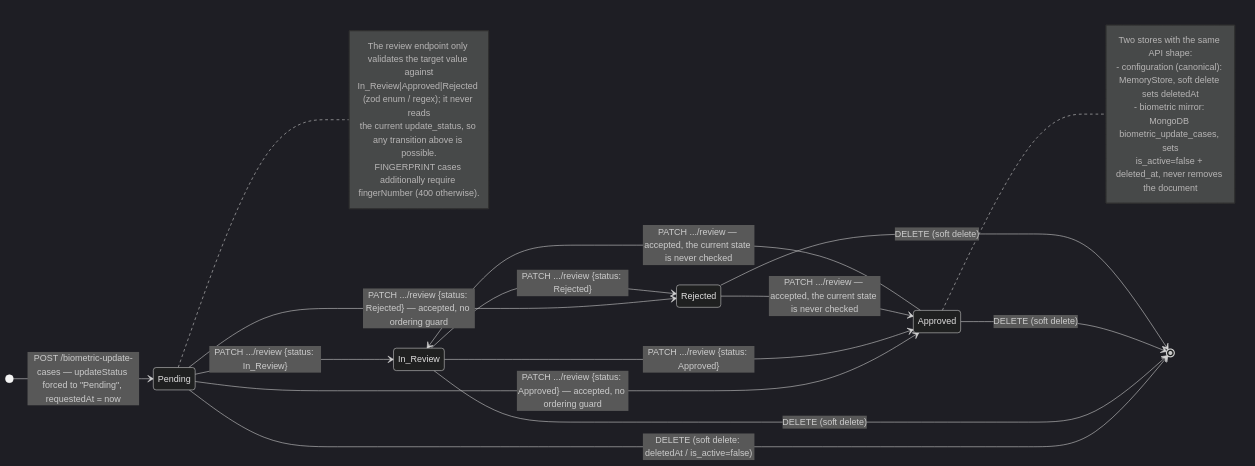
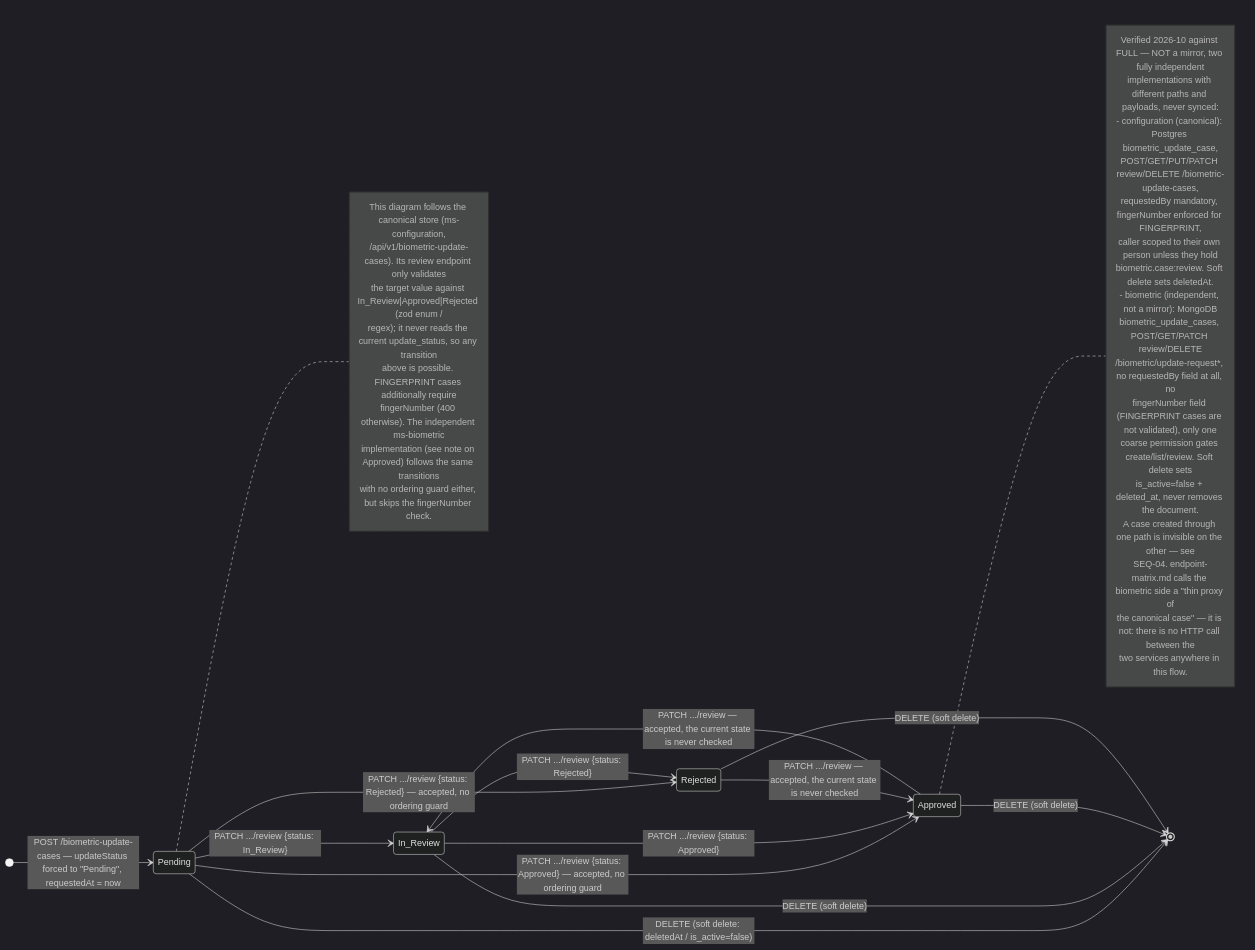
One commit to code-sena/fae-docs changed the diagram in 08-uml/diagrams/source/state-biometric-update.mmd. Above: the diagram before and after it, drawn with Mermaid (dark theme). The commit also changed 106 other files, not shown here.

First line of the commit message:
docs: align uml diagrams and fae-docs with the implemented stack and deployment

```diff
--- a/08-uml/diagrams/source/state-biometric-update.mmd
+++ b/08-uml/diagrams/source/state-biometric-update.mmd
@@ -1,33 +1,50 @@
 stateDiagram-v2
     direction LR
 
     [*] --> Pending : POST /biometric-update-cases — updateStatus forced to "Pending", requestedAt = now
 
     Pending --> In_Review : PATCH .../review {status: In_Review}
     Pending --> Approved : PATCH .../review {status: Approved} — accepted, no ordering guard
     Pending --> Rejected : PATCH .../review {status: Rejected} — accepted, no ordering guard
 
     In_Review --> Approved : PATCH .../review {status: Approved}
     In_Review --> Rejected : PATCH .../review {status: Rejected}
 
     Approved --> In_Review : PATCH .../review — accepted, the current state is never checked
     Rejected --> Approved : PATCH .../review — accepted, the current state is never checked
 
     note right of Pending
-        The review endpoint only validates the target value against
-        In_Review|Approved|Rejected (zod enum / regex); it never reads
-        the current update_status, so any transition above is possible.
-        FINGERPRINT cases additionally require fingerNumber (400 otherwise).
+        This diagram follows the canonical store (ms-configuration,
+        /api/v1/biometric-update-cases). Its review endpoint only validates
+        the target value against In_Review|Approved|Rejected (zod enum /
+        regex); it never reads the current update_status, so any transition
+        above is possible. FINGERPRINT cases additionally require
+        fingerNumber (400 otherwise). The independent ms-biometric
+        implementation (see note on Approved) follows the same transitions
+        with no ordering guard either, but skips the fingerNumber check.
     end note
 
     note right of Approved
-        Two stores with the same API shape:
-        - configuration (canonical): MemoryStore, soft delete sets deletedAt
-        - biometric mirror: MongoDB biometric_update_cases, sets
-          is_active=false + deleted_at, never removes the document
+        Verified 2026-10 against FULL — NOT a mirror, two fully independent
+        implementations with different paths and payloads, never synced:
+        - configuration (canonical): Postgres biometric_update_case,
+          POST/GET/PUT/PATCH review/DELETE /biometric-update-cases,
+          requestedBy mandatory, fingerNumber enforced for FINGERPRINT,
+          caller scoped to their own person unless they hold
+          biometric.case:review. Soft delete sets deletedAt.
+        - biometric (independent, not a mirror): MongoDB
+          biometric_update_cases, POST/GET/PATCH review/DELETE
+          /biometric/update-request*, no requestedBy field at all, no
+          fingerNumber field (FINGERPRINT cases are not validated), only one
+          coarse permission gates create/list/review. Soft delete sets
+          is_active=false + deleted_at, never removes the document.
+        A case created through one path is invisible on the other — see
+        SEQ-04. endpoint-matrix.md calls the biometric side a "thin proxy of
+        the canonical case" — it is not: there is no HTTP call between the
+        two services anywhere in this flow.
     end note
 
     Pending --> [*] : DELETE (soft delete: deletedAt / is_active=false)
     In_Review --> [*] : DELETE (soft delete)
     Approved --> [*] : DELETE (soft delete)
     Rejected --> [*] : DELETE (soft delete)
```
